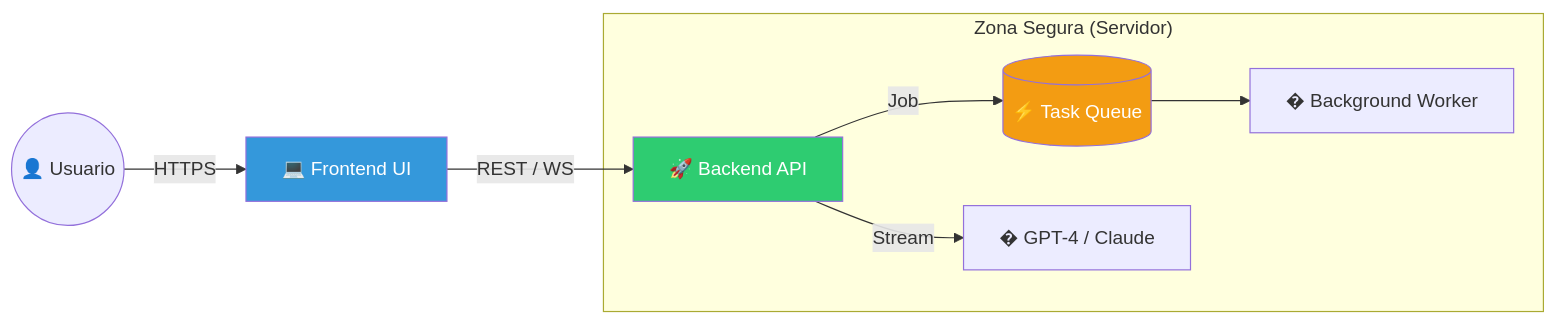
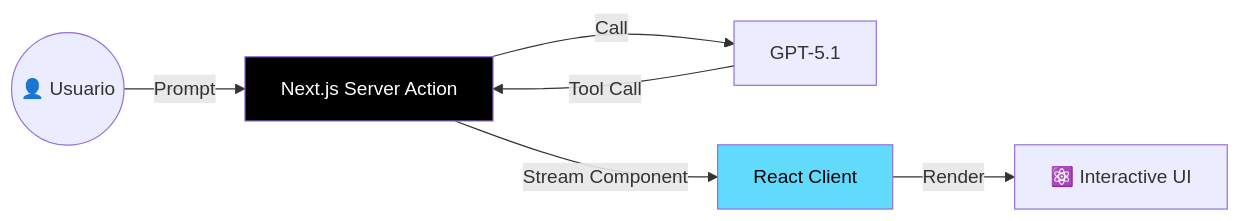
One commit to RACPSC2025/Professional-AI-Agent-Developer-Course-v1.0 changed the diagram in module10/README.md. Above: the diagram before and after it, drawn with Mermaid. The commit also changed other lines of this file and 8 other files, not shown here.

````diff
--- a/module10/README.md
+++ b/module10/README.md
@@ -37,15 +28,11 @@
 ```mermaid
 graph LR
-    User((👤 Usuario)) -->|HTTPS| Frontend[💻 Frontend UI]
-    Frontend -->|REST / WS| Backend[🚀 Backend API]
+    User((👤 Usuario)) -->|Prompt| Server[Next.js Server Action]
+    Server -->|Call| LLM[GPT-5.1]
+    LLM -->|Tool Call| Server
+    Server -->|Stream Component| Client[React Client]
+    Client -->|Render| UI[⚛️ Interactive UI]
     
-    subgraph "Zona Segura (Servidor)"
-        Backend -->|Job| Queue[(⚡ Task Queue)]
-        Backend -->|Stream| LLM[� GPT-4 / Claude]
-        Queue --> Worker[� Background Worker]
-    end
-    
-    style Backend fill:#2ECC71,color:#fff
-    style Queue fill:#F39C12,color:#fff
-    style Frontend fill:#3498DB,color:#fff
+    style Server fill:#000,color:#fff
+    style Client fill:#61DAFB,color:#000
 ```
````
